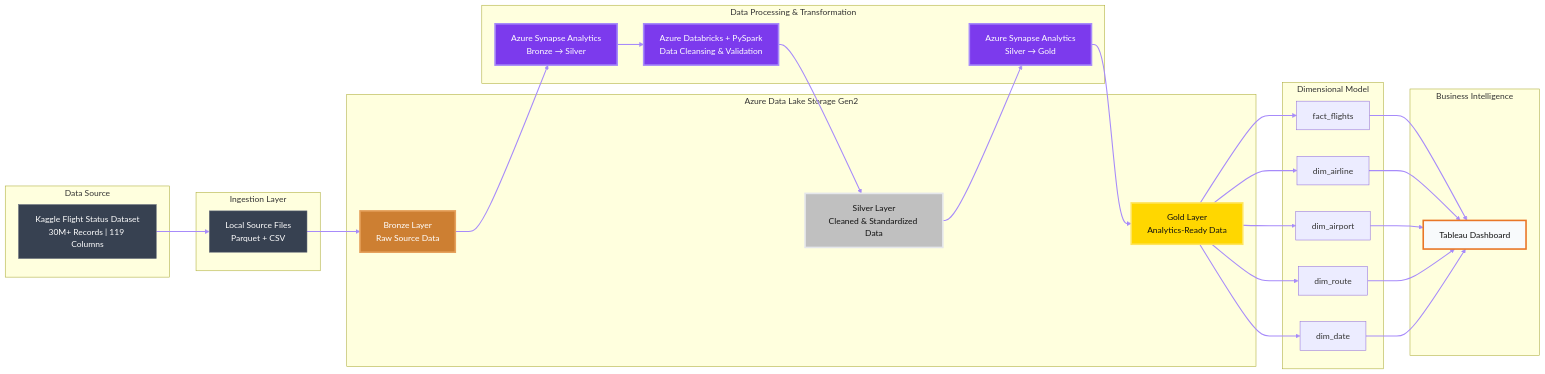
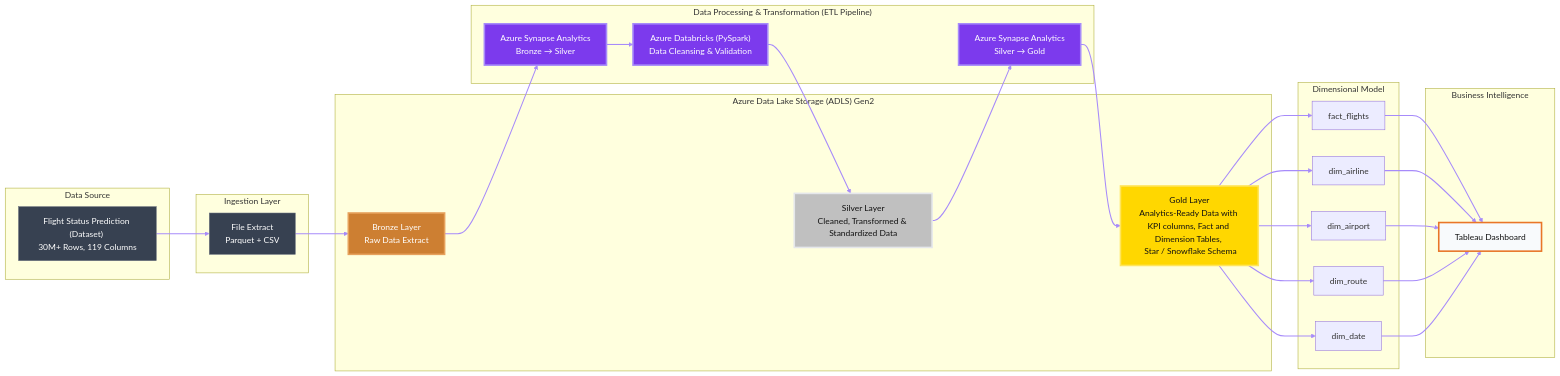
One commit to kerosene5/azure-flight-analytics-lakehouse changed the first of 2 diagrams in README.md. Above: the diagram before and after it, drawn with Mermaid.

```diff
--- a/README.md
+++ b/README.md
@@ -76,7 +76,7 @@
     %% =====================
 
     subgraph SOURCE["Data Source"]
-        K["Kaggle Flight Status Dataset<br/>30M+ Records | 119 Columns"]
+        K["Flight Status Prediction (Dataset) <br/>30M+ Rows, 119 Columns"]
     end
 
     %% =====================
@@ -84,26 +84,26 @@
     %% =====================
 
     subgraph INGEST["Ingestion Layer"]
-        DL["Local Source Files<br/>Parquet + CSV"]
+        DL["File Extract <br/>Parquet + CSV"]
     end
 
     %% =====================
     %% STORAGE
     %% =====================
 
-    subgraph STORAGE["Azure Data Lake Storage Gen2"]
-        B["Bronze Layer<br/>Raw Source Data"]
-        S["Silver Layer<br/>Cleaned & Standardized Data"]
-        G["Gold Layer<br/>Analytics-Ready Data"]
+    subgraph STORAGE["Azure Data Lake Storage (ADLS) Gen2 "]
+        B["Bronze Layer<br/>Raw Data Extract"]
+        S["Silver Layer<br/>Cleaned, Transformed & Standardized Data"]
+        G["Gold Layer<br/>Analytics-Ready Data with KPI columns, Fact and Dimension Tables, <br> Star / Snowflake Schema"]
     end
 
     %% =====================
     %% PROCESSING
     %% =====================
 
-    subgraph PROCESS["Data Processing & Transformation"]
+    subgraph PROCESS["Data Processing & Transformation (ETL Pipeline)"]
         P1["Azure Synapse Analytics<br/>Bronze → Silver"]
-        P2["Azure Databricks + PySpark<br/>Data Cleansing & Validation"]
+        P2["Azure Databricks (PySpark)<br/>Data Cleansing & Validation"]
         P3["Azure Synapse Analytics<br/>Silver → Gold"]
     end
 
```
